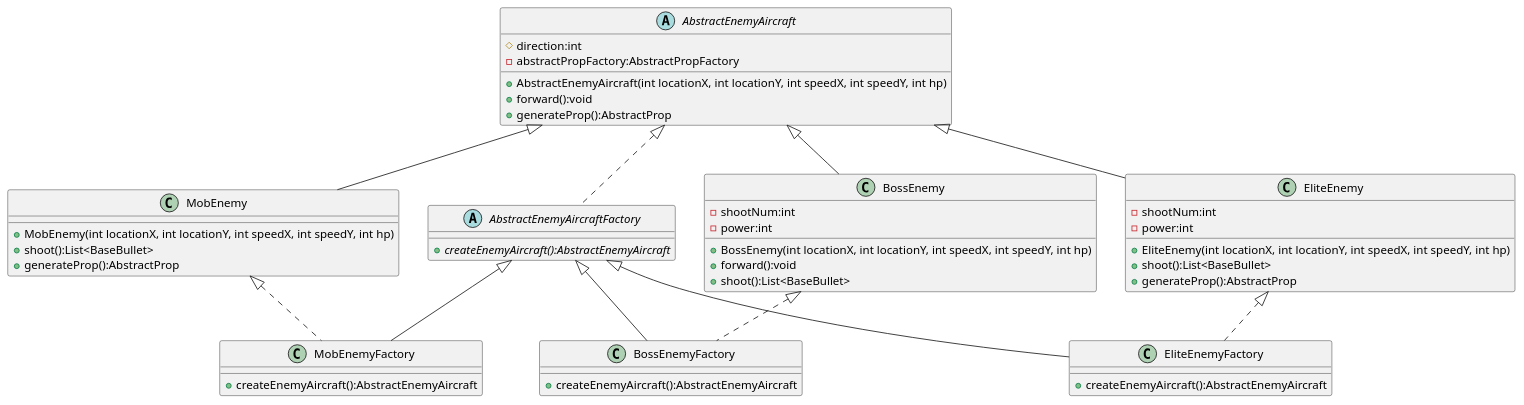
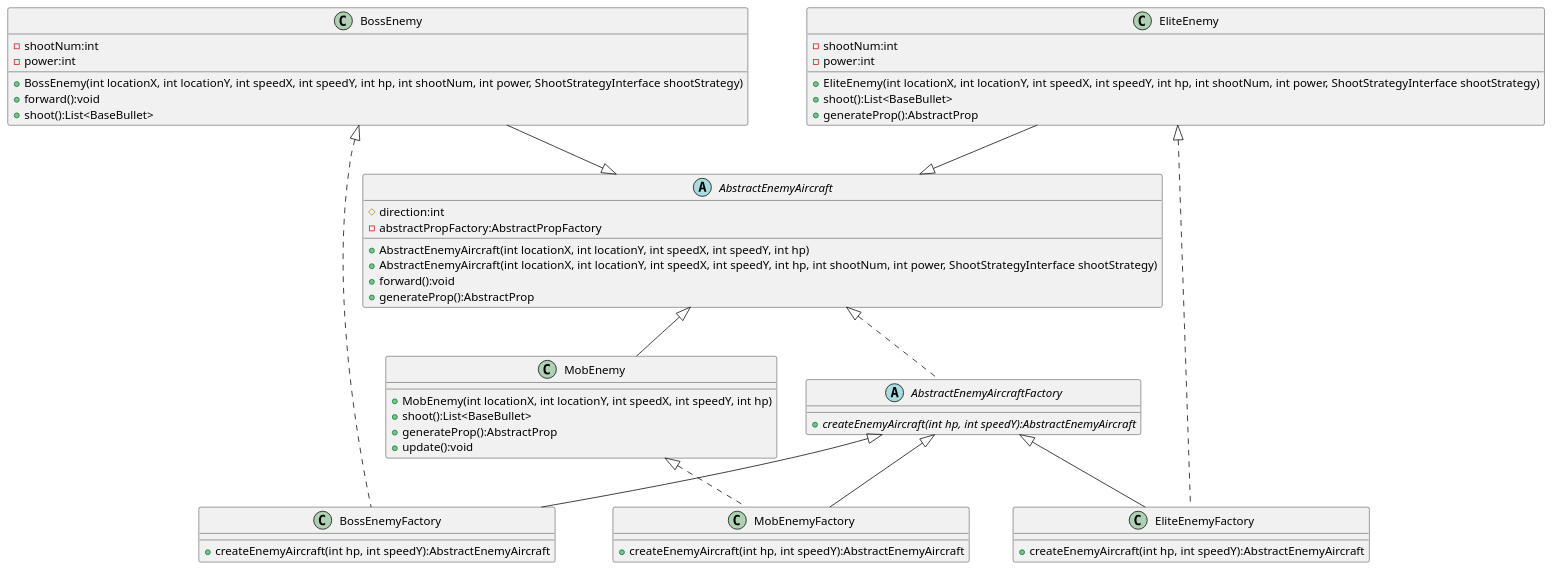
One commit to 2020lwh567/AircraftWar changed the diagram in uml/EnemyFactory.puml. Above: the diagram before and after it, drawn with PlantUML. The commit also changed 21 other files, not shown here.

Commit message:
修改类图和部分参数

```diff
--- a/uml/EnemyFactory.puml
+++ b/uml/EnemyFactory.puml
@@ -1,67 +1,67 @@
 @startuml
 'https://plantuml.com/class-diagram
 
  abstract class AbstractEnemyAircraft
  {
     # direction:int
     - abstractPropFactory:AbstractPropFactory
     + AbstractEnemyAircraft(int locationX, int locationY, int speedX, int speedY, int hp)
+    + AbstractEnemyAircraft(int locationX, int locationY, int speedX, int speedY, int hp, int shootNum, int power, ShootStrategyInterface shootStrategy)
     + forward():void
     + generateProp():AbstractProp
  }
 
 abstract class AbstractEnemyAircraftFactory
 {
-    + {abstract} createEnemyAircraft():AbstractEnemyAircraft
+    + {abstract} createEnemyAircraft(int hp, int speedY):AbstractEnemyAircraft
 }
 
 AbstractEnemyAircraft <|.. AbstractEnemyAircraftFactory
 MobEnemy <|.. MobEnemyFactory
 BossEnemy <|.. BossEnemyFactory
 EliteEnemy <|.. EliteEnemyFactory
 
 AbstractEnemyAircraft <|-- MobEnemy
-AbstractEnemyAircraft <|-- BossEnemy
-AbstractEnemyAircraft <|-- EliteEnemy
+AbstractEnemyAircraft <|-up- BossEnemy
+AbstractEnemyAircraft <|-up- EliteEnemy
 
 AbstractEnemyAircraftFactory <|-- BossEnemyFactory
 AbstractEnemyAircraftFactory <|-- EliteEnemyFactory
 AbstractEnemyAircraftFactory <|-- MobEnemyFactory
 
-
-
 class BossEnemy {
     - shootNum:int
     - power:int
-    + BossEnemy(int locationX, int locationY, int speedX, int speedY, int hp)
+    + BossEnemy(int locationX, int locationY, int speedX, int speedY, int hp, int shootNum, int power, ShootStrategyInterface shootStrategy)
     + forward():void
     + shoot():List<BaseBullet>
 }
 
 class EliteEnemy {
     - shootNum:int
     - power:int
-    + EliteEnemy(int locationX, int locationY, int speedX, int speedY, int hp)
+    + EliteEnemy(int locationX, int locationY, int speedX, int speedY, int hp, int shootNum, int power, ShootStrategyInterface shootStrategy)
     + shoot():List<BaseBullet>
     + generateProp():AbstractProp
 }
 
 class MobEnemy {
     + MobEnemy(int locationX, int locationY, int speedX, int speedY, int hp)
     + shoot():List<BaseBullet>
     + generateProp():AbstractProp
+    + update():void
 }
 
 class BossEnemyFactory {
-    + createEnemyAircraft():AbstractEnemyAircraft
+    + createEnemyAircraft(int hp, int speedY):AbstractEnemyAircraft
 }
 
 class EliteEnemyFactory {
-    + createEnemyAircraft():AbstractEnemyAircraft
+    + createEnemyAircraft(int hp, int speedY):AbstractEnemyAircraft
 }
 
 class MobEnemyFactory {
-    + createEnemyAircraft():AbstractEnemyAircraft
+    + createEnemyAircraft(int hp, int speedY):AbstractEnemyAircraft
 }
 
 @enduml
```
